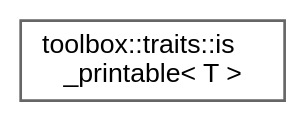
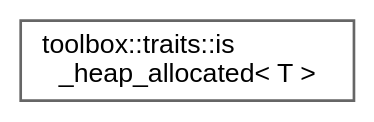
Before and after one commit to nerdneilsfield/cpp-toolbox: the diagram in inherit_graph_53.dot, drawn with Graphviz. The commit also changed 240 other files, not shown here.

```diff
--- a/inherit_graph_53.dot
+++ b/inherit_graph_53.dot
@@ -1,9 +1,9 @@
 digraph "Graphical Class Hierarchy"
 {
  // LATEX_PDF_SIZE
   bgcolor="transparent";
   edge [fontname=Helvetica,fontsize=10,labelfontname=Helvetica,labelfontsize=10];
   node [fontname=Helvetica,fontsize=10,shape=box,height=0.2,width=0.4];
   rankdir="LR";
-  Node0 [id="Node000000",label="toolbox::traits::is\l_printable\< T \>",height=0.2,width=0.4,color="grey40", fillcolor="white", style="filled",URL="$structtoolbox_1_1traits_1_1is__printable.html",tooltip="检查类型是否可打印/Check if type is printable"];
+  Node0 [id="Node000000",label="toolbox::traits::is\l_heap_allocated\< T \>",height=0.2,width=0.4,color="grey40", fillcolor="white", style="filled",URL="$structtoolbox_1_1traits_1_1is__heap__allocated.html",tooltip="检查类型是否必须堆分配/Check if type must be heap allocated"];
 }
```
